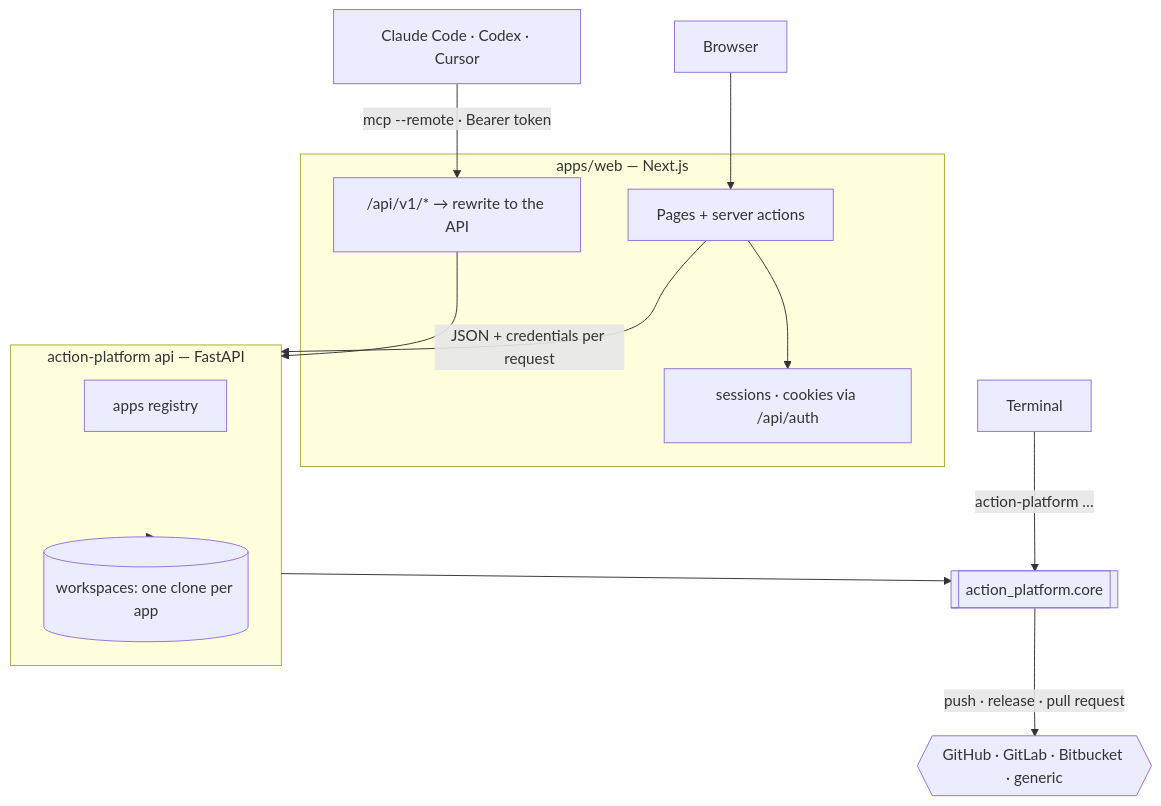
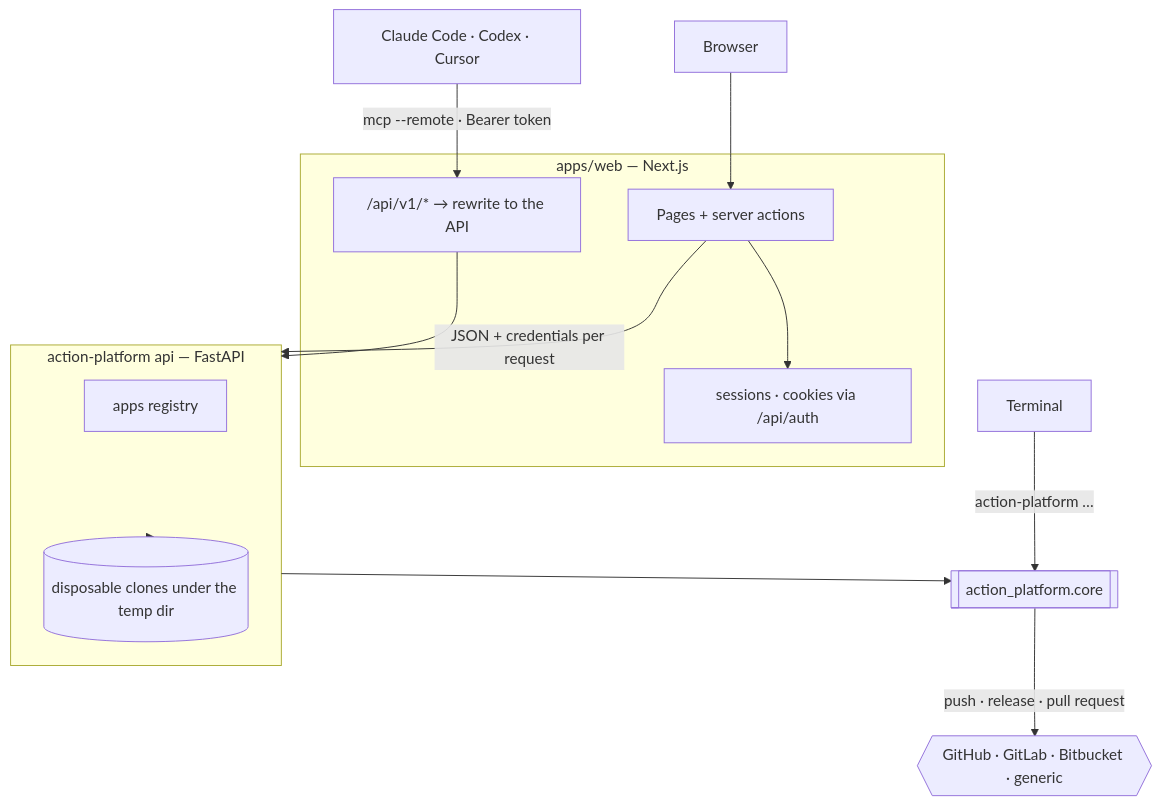
Before and after one commit to actionplatform/action-platform: the first of 3 diagrams in docs/contribute_architecture.md, drawn with Mermaid. The commit also changed other lines of this file and 7 other files, not shown here.

````diff
--- a/docs/contribute_architecture.md
+++ b/docs/contribute_architecture.md
@@ -3,30 +3,30 @@
 ```mermaid
 flowchart TB
     browser[Browser]
     agent[Claude Code · Codex · Cursor]
     term[Terminal]
 
     subgraph web["apps/web — Next.js"]
         ui[Pages + server actions]
         auth[sessions · cookies via /api/auth]
         v1["/api/v1/* → rewrite to the API"]
     end
 
     subgraph api["action-platform api — FastAPI"]
         reg[apps registry]
-        ws[(workspaces: one clone per app)]
+        ws[(disposable clones under the temp dir)]
     end
 
     core[[action_platform.core]]
     hosts{{GitHub · GitLab · Bitbucket · generic}}
 
     browser --> ui
     ui --> auth
     ui -->|"JSON + credentials per request"| api
     agent -->|"mcp --remote · Bearer token"| v1
     v1 --> api
     term -->|"action-platform …"| core
     api --> core
     api --> ws
     core -->|"push · release · pull request"| hosts
 ```
````
